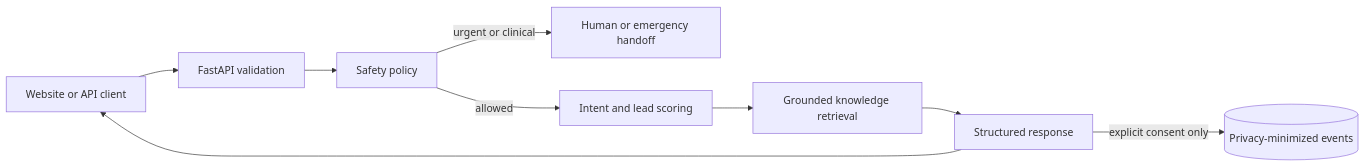
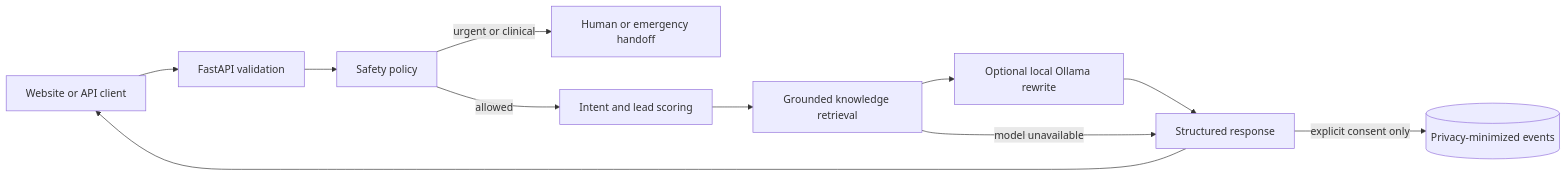
Before and after one commit to Ryork67677/nyxora-lead-concierge: the diagram in README.md, drawn with Mermaid. The commit also changed other lines of this file and 15 other files, not shown here.

Commit message:
Add guarded local Ollama generation

````diff
--- a/README.md
+++ b/README.md
@@ -44,11 +45,13 @@
 ```mermaid
 flowchart LR
     Client[Website or API client] --> API[FastAPI validation]
     API --> Safety[Safety policy]
     Safety -->|urgent or clinical| Handoff[Human or emergency handoff]
     Safety -->|allowed| Qualify[Intent and lead scoring]
     Qualify --> Retrieval[Grounded knowledge retrieval]
-    Retrieval --> Response[Structured response]
+    Retrieval --> Model[Optional local Ollama rewrite]
+    Model --> Response[Structured response]
+    Retrieval -->|model unavailable| Response
     Response --> Client
     Response -->|explicit consent only| Store[(Privacy-minimized events)]
 ```
````
